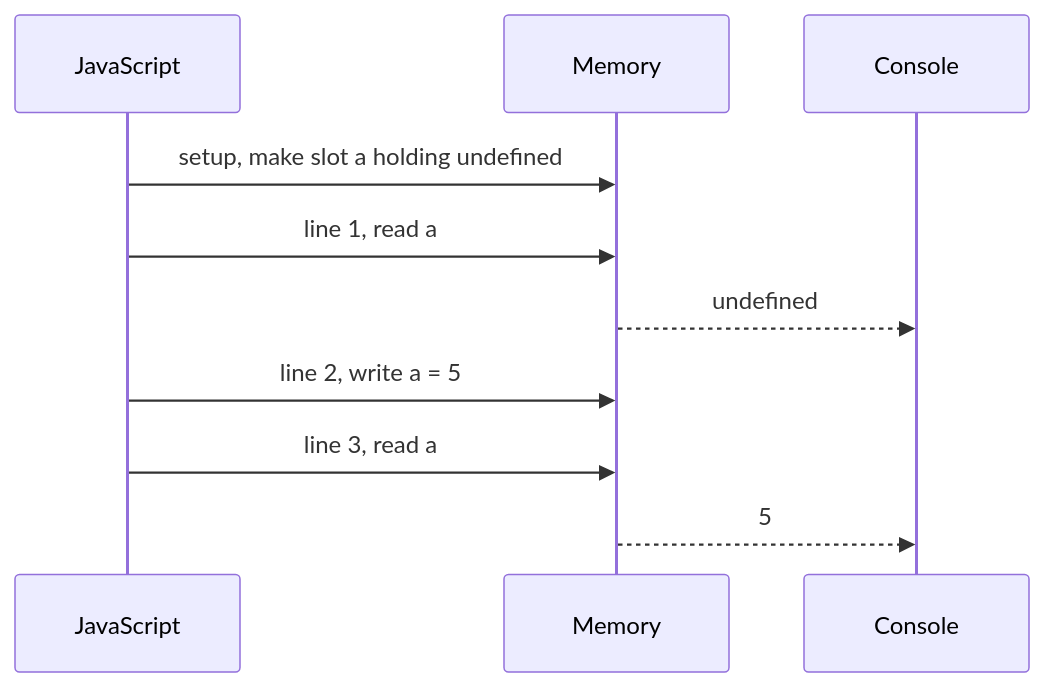
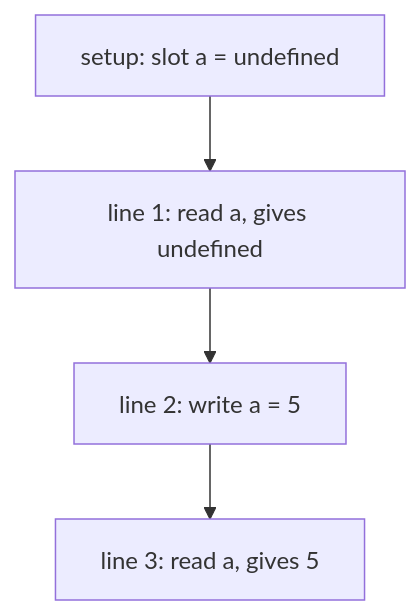
One commit to starjustice/research-material changed the second of 4 diagrams in learn/javascript/01-variables-scope-and-hoisting.md. Above: the diagram before and after it, drawn with Mermaid. The commit also changed other lines of this file, not shown here.

Commit message:
Reshape JavaScript lesson 01 (Variables, scope and hoisting) into short cards with guess bars and blue More detail bars

````diff
--- a/learn/javascript/01-variables-scope-and-hoisting.md
+++ b/learn/javascript/01-variables-scope-and-hoisting.md
@@ -57,12 +62,6 @@
 ```mermaid
-sequenceDiagram
-    participant E as JavaScript
-    participant M as Memory
-    participant C as Console
-    E->>M: setup, make slot a holding undefined
-    E->>M: line 1, read a
-    M-->>C: undefined
-    E->>M: line 2, write a = 5
-    E->>M: line 3, read a
-    M-->>C: 5
+graph TB
+    S["setup: slot a = undefined"] --> L1["line 1: read a, gives undefined"]
+    L1 --> L2["line 2: write a = 5"]
+    L2 --> L3["line 3: read a, gives 5"]
 ```
````
